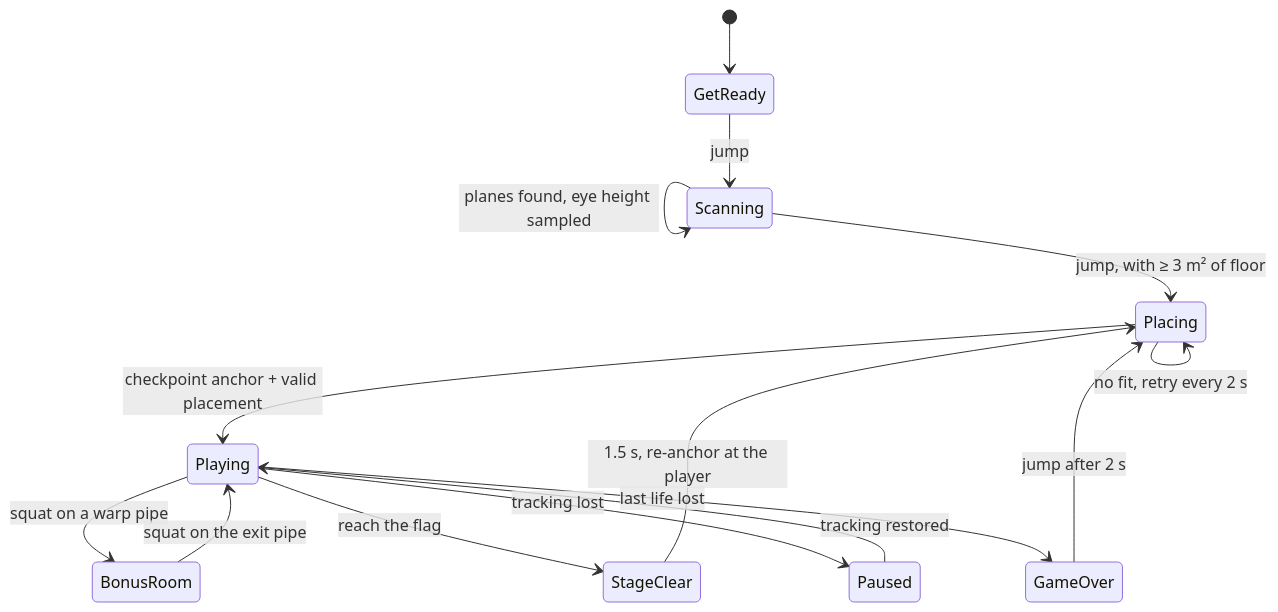
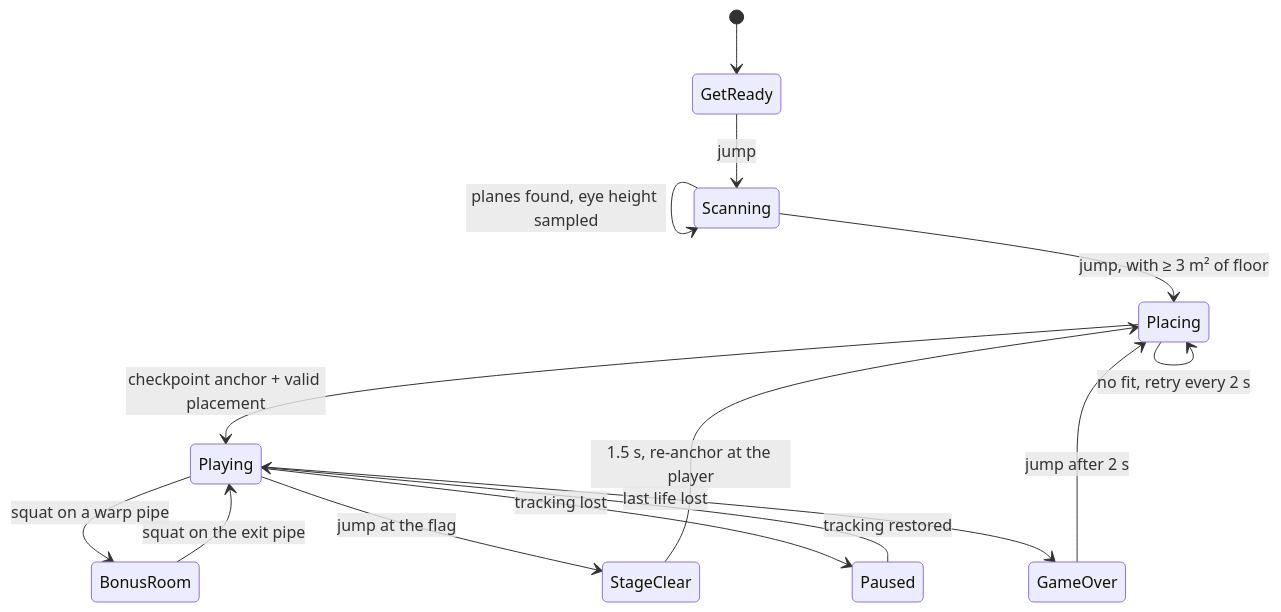
The fourth of 5 diagrams in Docs/DEMO_GUIDE.md (OliverQiL/MARIO), drawn with Mermaid before and after one commit. The commit also changed other lines of this file and 45 other files, not shown here.

First line of the commit message:
Gameplay polish: jump to clear, iris wipe, resizing, idle class

````diff
--- a/Docs/DEMO_GUIDE.md
+++ b/Docs/DEMO_GUIDE.md
@@ -178,17 +178,17 @@
 ```mermaid
 stateDiagram-v2
   [*] --> GetReady
   GetReady --> Scanning: jump
   Scanning --> Scanning: planes found, eye height sampled
   Scanning --> Placing: jump, with ≥ 3 m² of floor
   Placing --> Playing: checkpoint anchor + valid placement
   Placing --> Placing: no fit, retry every 2 s
   Playing --> BonusRoom: squat on a warp pipe
   BonusRoom --> Playing: squat on the exit pipe
-  Playing --> StageClear: reach the flag
+  Playing --> StageClear: jump at the flag
   StageClear --> Placing: 1.5 s, re-anchor at the player
   Playing --> Paused: tracking lost
   Paused --> Playing: tracking restored
   Playing --> GameOver: last life lost
   GameOver --> Placing: jump after 2 s
 ```
````
